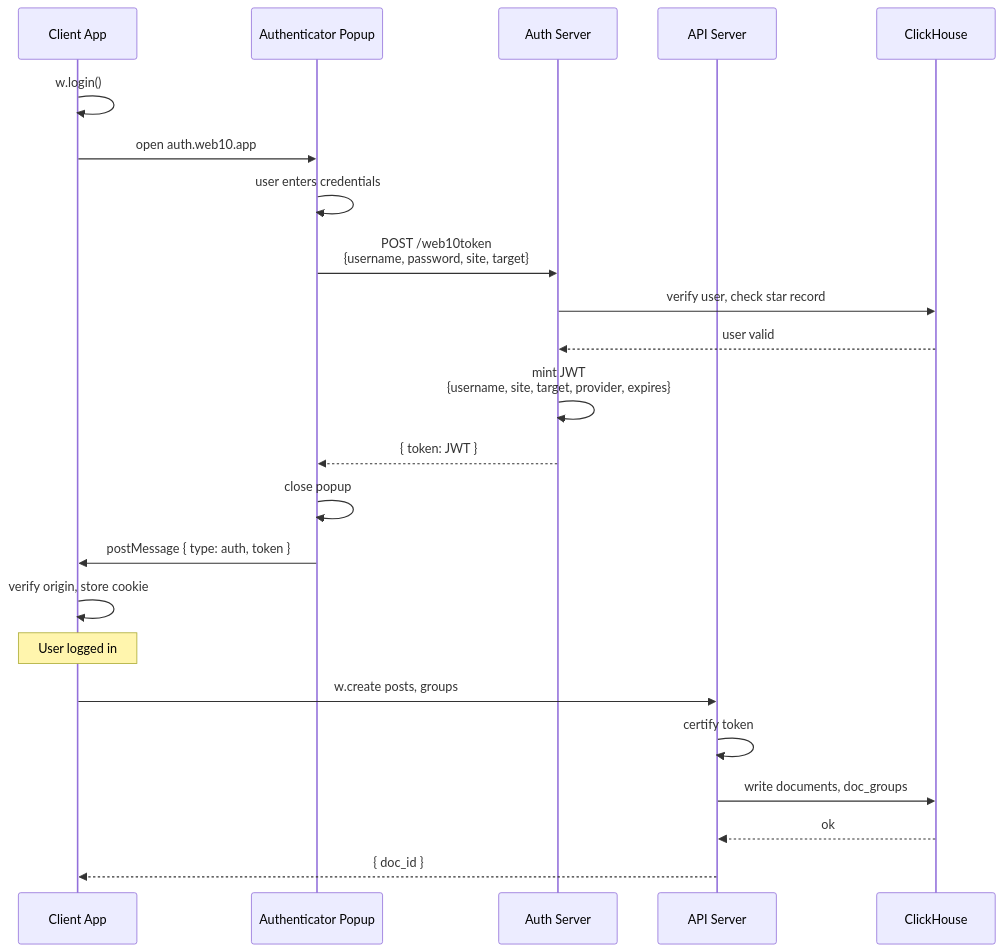
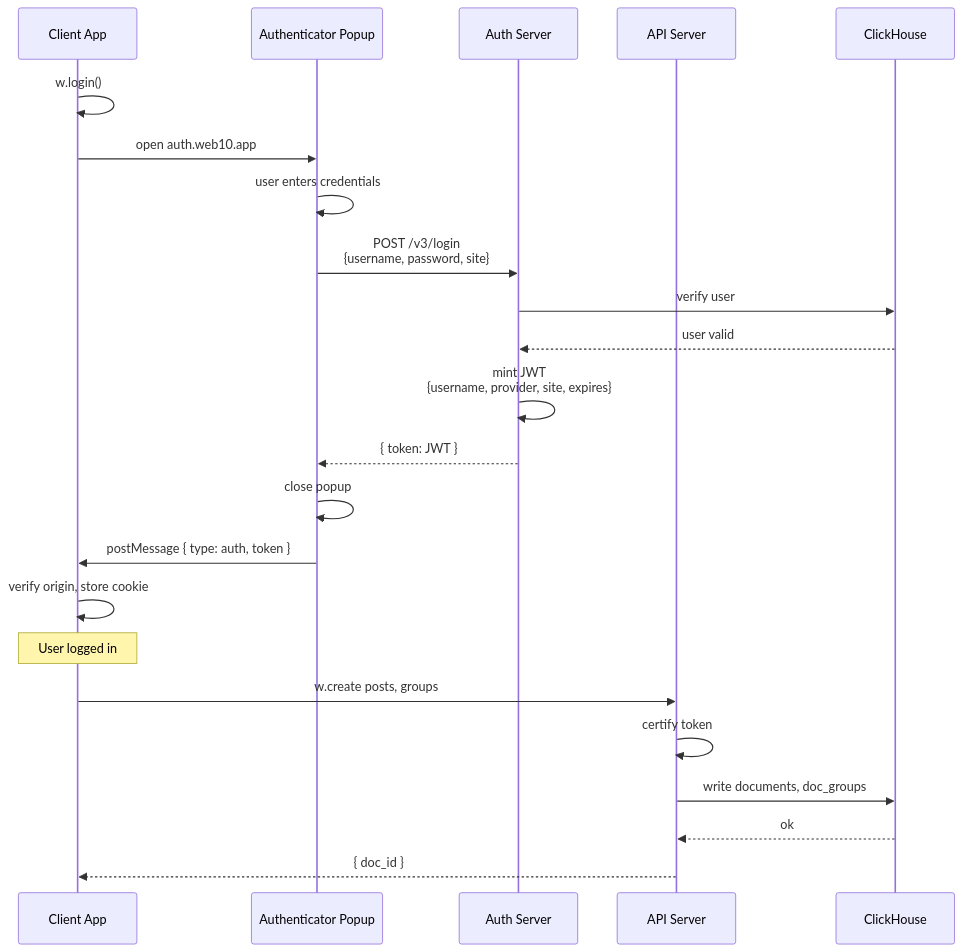
One commit to jacoby149/web10 changed the diagram in knowledge/knowledge-base/web10-v3/auth/auth.md. Above: the diagram before and after it, drawn with Mermaid. The commit also changed other lines of this file and 5 other files, not shown here.

````diff
--- a/knowledge/knowledge-base/web10-v3/auth/auth.md
+++ b/knowledge/knowledge-base/web10-v3/auth/auth.md
@@ -35,27 +31,27 @@
 ```mermaid
 sequenceDiagram
     participant App as Client App
     participant Popup as Authenticator Popup
     participant Auth as Auth Server
     participant API as API Server
     participant CH as ClickHouse
 
     App->>App: w.login()
     App->>Popup: open auth.web10.app
     Popup->>Popup: user enters credentials
-    Popup->>Auth: POST /web10token<br/>{username, password, site, target}
-    Auth->>CH: verify user, check star record
+    Popup->>Auth: POST /v3/login<br/>{username, password, site}
+    Auth->>CH: verify user
     CH-->>Auth: user valid
-    Auth->>Auth: mint JWT<br/>{username, site, target, provider, expires}
+    Auth->>Auth: mint JWT<br/>{username, provider, site, expires}
     Auth-->>Popup: { token: JWT }
     Popup->>Popup: close popup
     Popup->>App: postMessage { type: auth, token }
     App->>App: verify origin, store cookie
     Note over App: User logged in
 
     App->>API: w.create posts, groups
     API->>API: certify token
     API->>CH: write documents, doc_groups
     CH-->>API: ok
     API-->>App: { doc_id }
 ```
````
